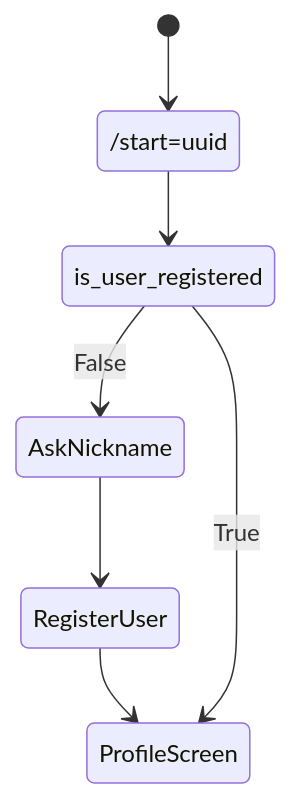
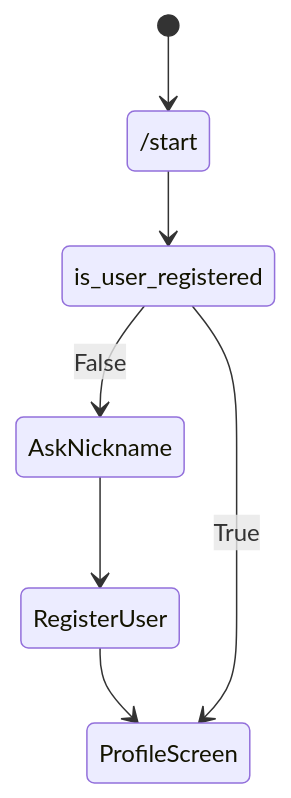
Before and after one commit to BeaverNotACat/receipt-splitting-bot: the first of 2 diagrams in docs/Chat states.md, drawn with Mermaid. The commit also changed 11 other files, not shown here.

````diff
--- a/docs/Chat states.md
+++ b/docs/Chat states.md
@@ -3,11 +3,11 @@
 ```mermaid
 stateDiagram-v2
     state is_user_registered
 	
-    [*] --> /start=uuid
-    /start=uuid --> is_user_registered
+    [*] --> /start
+    /start --> is_user_registered
     is_user_registered --> AskNickname: False
     AskNickname --> RegisterUser
     RegisterUser --> ProfileScreen
     is_user_registered --> ProfileScreen: True
 ```
````
